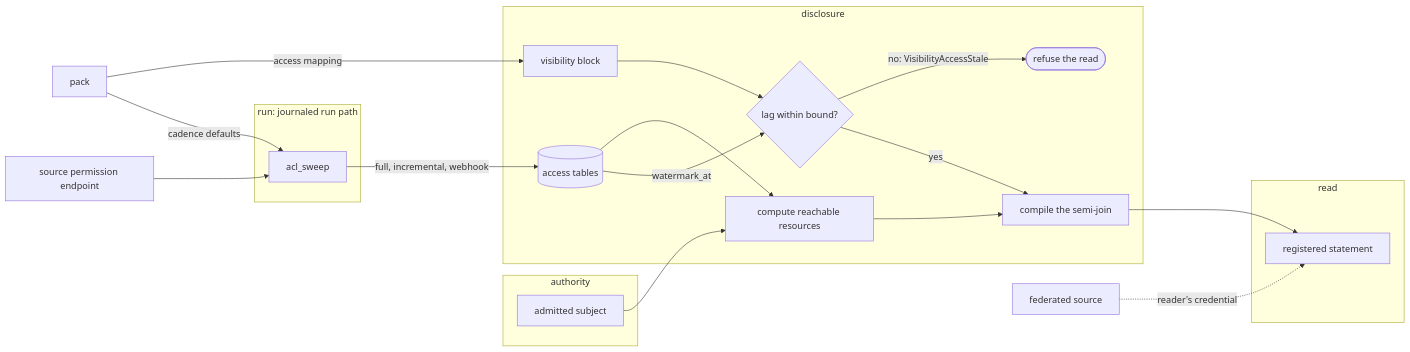
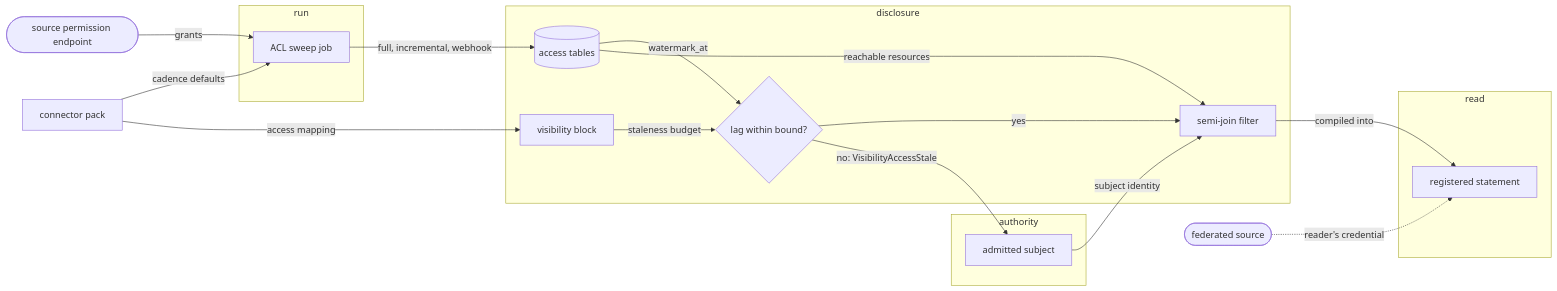
One commit to fractalboxdev/contextful changed the first of 2 diagrams in spec/60-visibility.md. Above: the diagram before and after it, drawn with Mermaid. The commit also changed other lines of this file and 31 other files, not shown here.

First line of the commit message:
spec: every diagram draws things as nodes and what flows as labelled edges

````diff
--- a/spec/60-visibility.md
+++ b/spec/60-visibility.md
@@ -21,36 +21,33 @@
 ```mermaid
 flowchart LR
-  PACK["pack"]
-  SRC["source permission endpoint"]
-  FED["federated source"]
-  subgraph RUN["run: journaled run path"]
-    SWEEP["acl_sweep"]
+  PACK["connector pack"]
+  SRC(["source permission endpoint"])
+  FED(["federated source"])
+  subgraph RUN["run"]
+    SWEEPER["ACL sweep job"]
   end
   subgraph AUTH["authority"]
     AA["admitted subject"]
   end
   subgraph DISC["disclosure"]
     VB["visibility block"]
     AT[("access tables")]
-    REACH["compute reachable resources"]
     STALE{"lag within bound?"}
-    DEG(["refuse the read"])
-    SJ["compile the semi-join"]
+    SJ["semi-join filter"]
   end
   subgraph READ["read"]
     RS["registered statement"]
   end
-  PACK -- "access mapping" --> VB
-  PACK -- "cadence defaults" --> SWEEP
-  SRC --> SWEEP
-  SWEEP -- "full, incremental, webhook" --> AT
-  AA --> REACH
-  AT --> REACH
-  AT -- "watermark_at" --> STALE
-  VB --> STALE
-  STALE -- "no: VisibilityAccessStale" --> DEG
-  STALE -- yes --> SJ
-  REACH --> SJ
-  SJ --> RS
-  FED -. "reader's credential" .-> RS
+  PACK -->|"access mapping"| VB
+  PACK -->|"cadence defaults"| SWEEPER
+  SRC -->|"grants"| SWEEPER
+  SWEEPER -->|"full, incremental, webhook"| AT
+  AA -->|"subject identity"| SJ
+  AT -->|"reachable resources"| SJ
+  AT -->|"watermark_at"| STALE
+  VB -->|"staleness budget"| STALE
+  STALE -->|"no: VisibilityAccessStale"| AA
+  STALE -->|"yes"| SJ
+  SJ -->|"compiled into"| RS
+  FED -.->|"reader's credential"| RS
 ```
````
